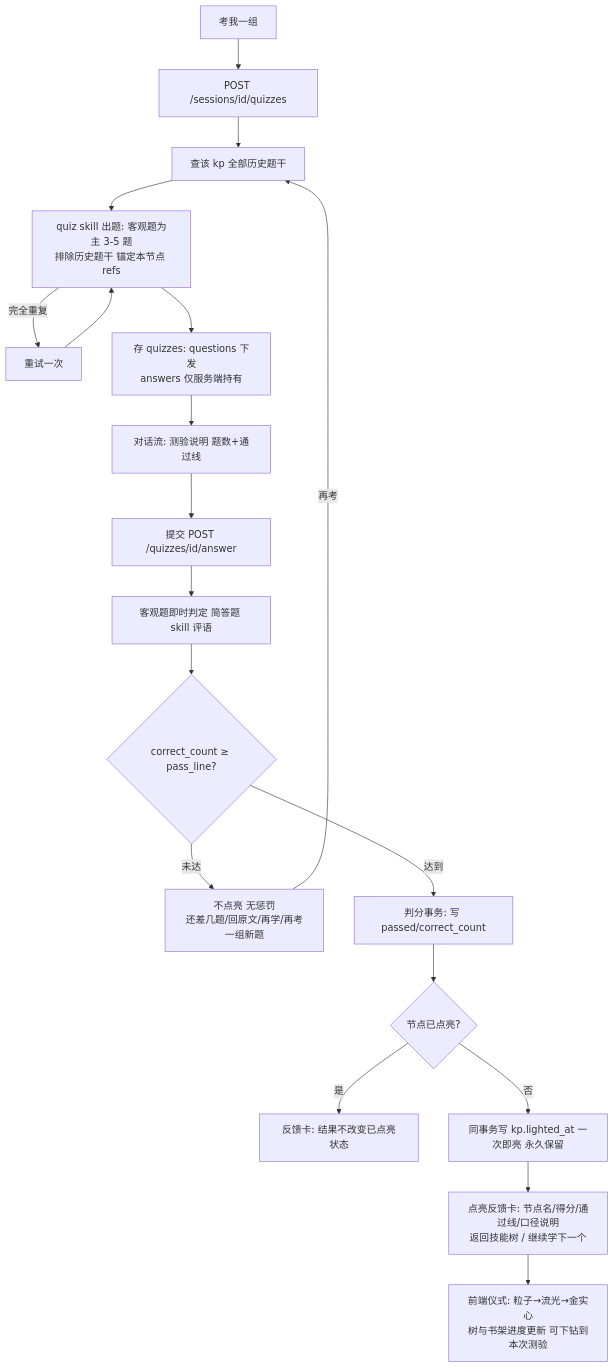
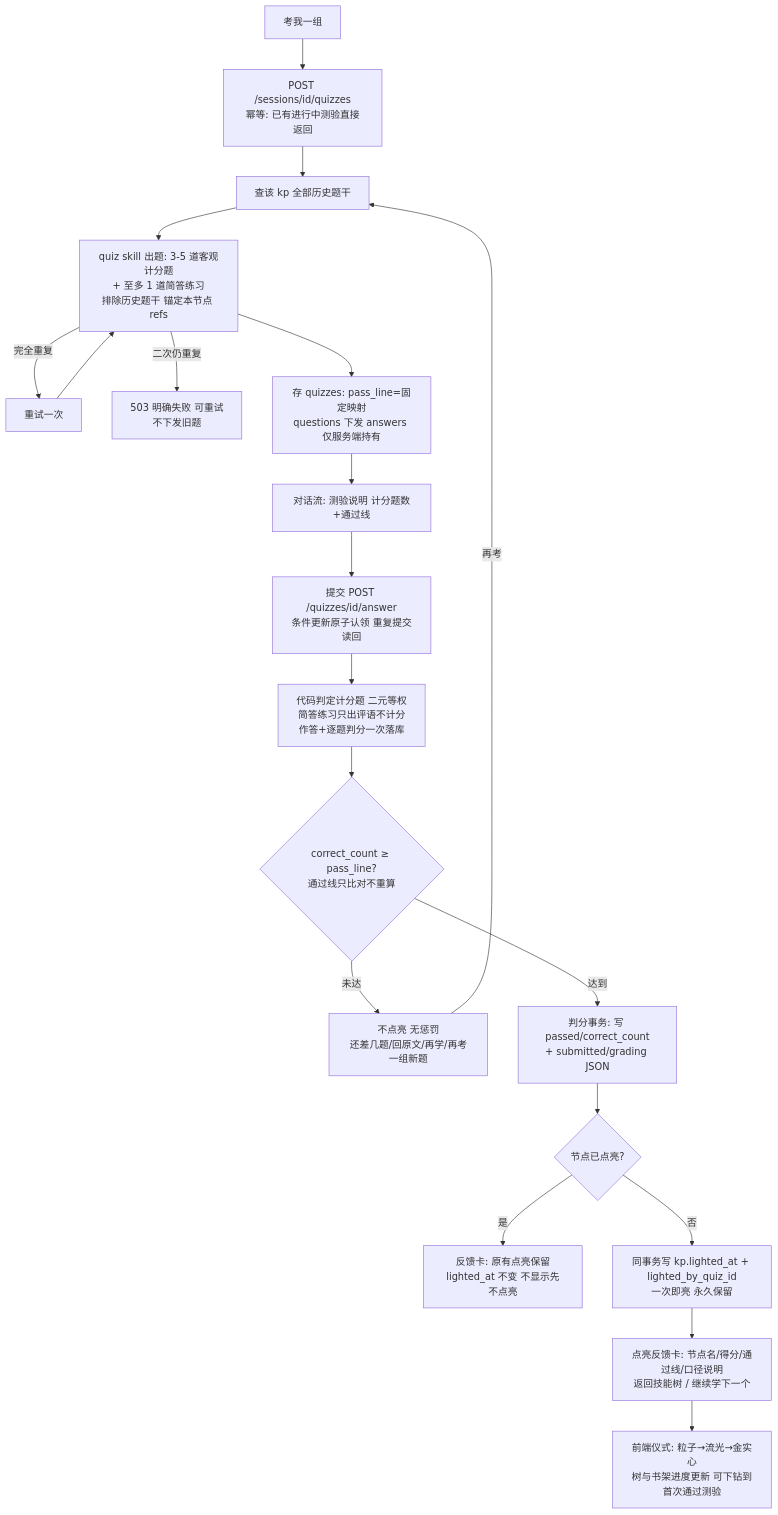
Before and after one commit to wangzf657/BetterOneself: the fifth of 6 diagrams in docs/v0.1/technical/流程图.md, drawn with Mermaid. The commit also changed other lines of this file and 106 other files, not shown here.

````diff
--- a/docs/v0.1/technical/流程图.md
+++ b/docs/v0.1/technical/流程图.md
@@ -115,20 +122,21 @@
 ```mermaid
 flowchart TD
-    A[考我一组] --> B[POST /sessions/id/quizzes]
+    A[考我一组] --> B[POST /sessions/id/quizzes<br/>幂等: 已有进行中测验直接返回]
     B --> C[查该 kp 全部历史题干]
-    C --> D[quiz skill 出题: 客观题为主 3-5 题<br/>排除历史题干 锚定本节点 refs]
+    C --> D[quiz skill 出题: 3-5 道客观计分题<br/>+ 至多 1 道简答练习<br/>排除历史题干 锚定本节点 refs]
     D -- 完全重复 --> E[重试一次] --> D
-    D --> F[存 quizzes: questions 下发<br/>answers 仅服务端持有]
-    F --> G[对话流: 测验说明 题数+通过线]
-    G --> H[提交 POST /quizzes/id/answer]
-    H --> I[客观题即时判定 简答题 skill 评语]
-    I --> J{correct_count ≥ pass_line?}
+    D -- 二次仍重复 --> E2[503 明确失败 可重试<br/>不下发旧题]
+    D --> F[存 quizzes: pass_line=固定映射<br/>questions 下发 answers 仅服务端持有]
+    F --> G[对话流: 测验说明 计分题数+通过线]
+    G --> H[提交 POST /quizzes/id/answer<br/>条件更新原子认领 重复提交读回]
+    H --> I[代码判定计分题 二元等权<br/>简答练习只出评语不计分<br/>作答+逐题判分一次落库]
+    I --> J{correct_count ≥ pass_line?<br/>通过线只比对不重算}
     J -- 未达 --> K[不点亮 无惩罚<br/>还差几题/回原文/再学/再考一组新题]
     K -- 再考 --> C
-    J -- 达到 --> L[判分事务: 写 passed/correct_count]
+    J -- 达到 --> L[判分事务: 写 passed/correct_count<br/>+ submitted/grading JSON]
     L --> M{节点已点亮?}
-    M -- 是 --> N[反馈卡: 结果不改变已点亮状态]
-    M -- 否 --> O[同事务写 kp.lighted_at 一次即亮 永久保留]
+    M -- 是 --> N[反馈卡: 原有点亮保留<br/>lighted_at 不变 不显示先不点亮]
+    M -- 否 --> O[同事务写 kp.lighted_at + lighted_by_quiz_id<br/>一次即亮 永久保留]
     O --> P[点亮反馈卡: 节点名/得分/通过线/口径说明<br/>返回技能树 / 继续学下一个]
-    P --> Q[前端仪式: 粒子→流光→金实心<br/>树与书架进度更新 可下钻到本次测验]
+    P --> Q[前端仪式: 粒子→流光→金实心<br/>树与书架进度更新 可下钻到首次通过测验]
 ```
````
